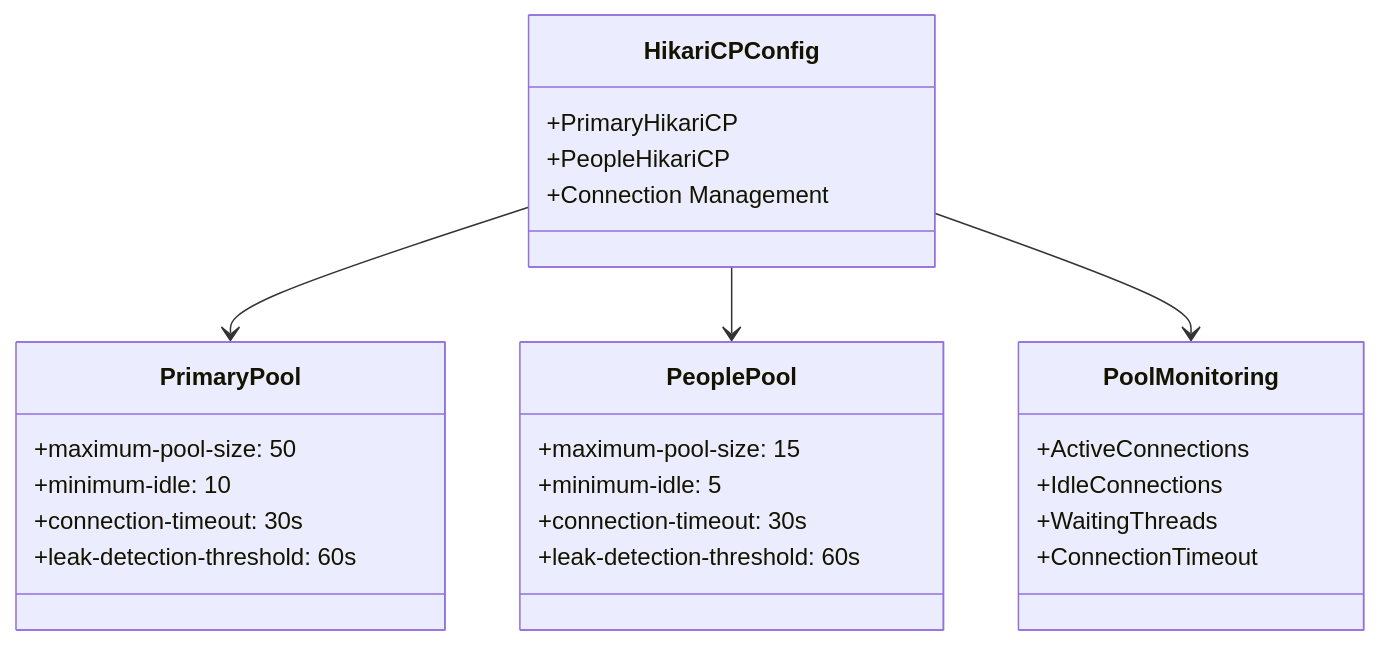
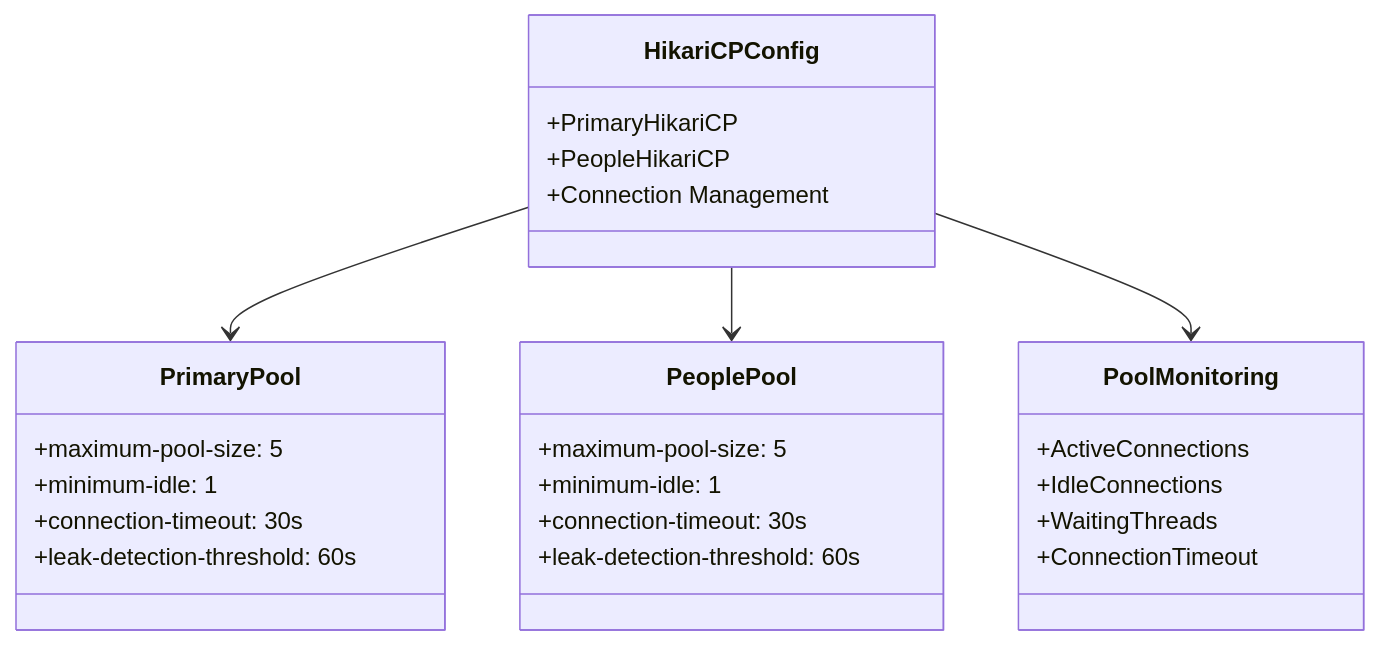
One commit to Vinskao/ty-multiverse-backend changed the eighth of 13 diagrams in README.md. Above: the diagram before and after it, drawn with Mermaid. The commit also changed other lines of this file, not shown here.

````diff
--- a/README.md
+++ b/README.md
@@ -246,33 +275,33 @@
 ```mermaid
 classDiagram
     class HikariCPConfig {
         +PrimaryHikariCP
         +PeopleHikariCP
         +Connection Management
     }
     
     class PrimaryPool {
-        +maximum-pool-size: 50
-        +minimum-idle: 10
+        +maximum-pool-size: 5
+        +minimum-idle: 1
         +connection-timeout: 30s
         +leak-detection-threshold: 60s
     }
     
     class PeoplePool {
-        +maximum-pool-size: 15
-        +minimum-idle: 5
+        +maximum-pool-size: 5
+        +minimum-idle: 1
         +connection-timeout: 30s
         +leak-detection-threshold: 60s
     }
     
     class PoolMonitoring {
         +ActiveConnections
         +IdleConnections
         +WaitingThreads
         +ConnectionTimeout
     }
     
     HikariCPConfig --> PrimaryPool
     HikariCPConfig --> PeoplePool
     HikariCPConfig --> PoolMonitoring
 ```
````
